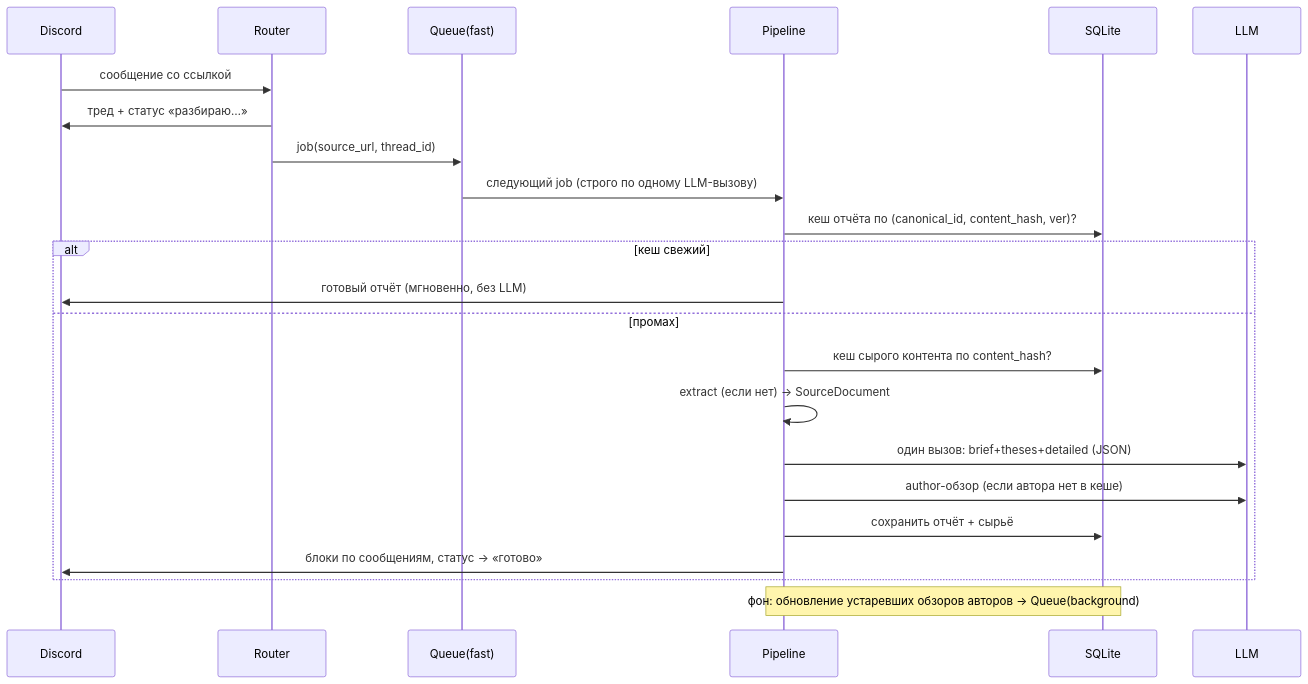
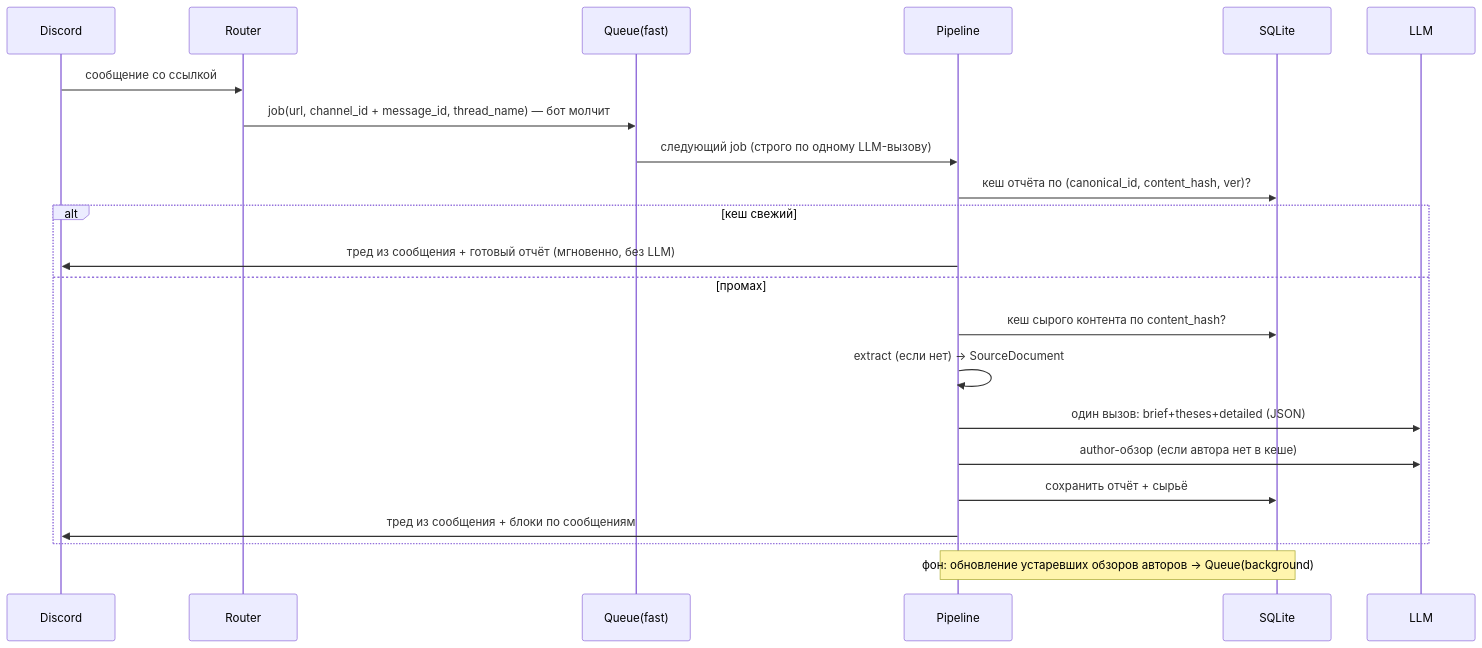
Before and after one commit to AndbGame/yt_summary_bot: the third of 3 diagrams in docs/ARCHITECTURE.md, drawn with Mermaid. The commit also changed other lines of this file and 13 other files, not shown here.

````diff
--- a/docs/ARCHITECTURE.md
+++ b/docs/ARCHITECTURE.md
@@ -136,26 +136,25 @@
 ```mermaid
 sequenceDiagram
     participant U as Discord
     participant R as Router
     participant Q as Queue(fast)
     participant P as Pipeline
     participant DB as SQLite
     participant L as LLM
 
     U->>R: сообщение со ссылкой
-    R->>U: тред + статус «разбираю…»
-    R->>Q: job(source_url, thread_id)
+    R->>Q: job(url, channel_id + message_id, thread_name) — бот молчит
     Q->>P: следующий job (строго по одному LLM-вызову)
     P->>DB: кеш отчёта по (canonical_id, content_hash, ver)?
     alt кеш свежий
-        P->>U: готовый отчёт (мгновенно, без LLM)
+        P->>U: тред из сообщения + готовый отчёт (мгновенно, без LLM)
     else промах
         P->>DB: кеш сырого контента по content_hash?
         P->>P: extract (если нет) → SourceDocument
         P->>L: один вызов: brief+theses+detailed (JSON)
         P->>L: author-обзор (если автора нет в кеше)
         P->>DB: сохранить отчёт + сырьё
-        P->>U: блоки по сообщениям, статус → «готово»
+        P->>U: тред из сообщения + блоки по сообщениям
     end
     Note over P,DB: фон: обновление устаревших обзоров авторов → Queue(background)
 ```
````
